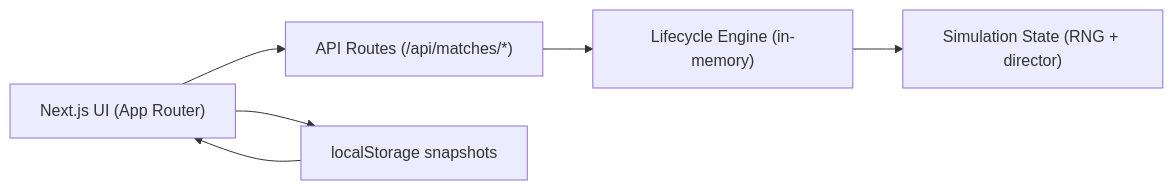
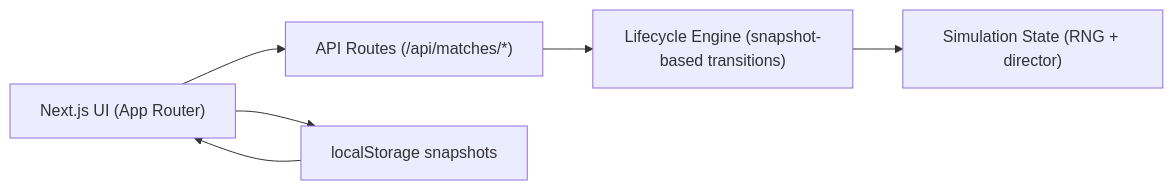
One commit to doreancl/hunger-games changed the diagram in README.md. Above: the diagram before and after it, drawn with Mermaid. The commit also changed other lines of this file and 29 other files, not shown here.

Commit message:
refactor: make match lifecycle snapshot-driven

````diff
--- a/README.md
+++ b/README.md
@@ -168,8 +167,8 @@
 ```mermaid
 flowchart LR
   UI["Next.js UI (App Router)"] --> API["API Routes (/api/matches/*)"]
-  API --> Lifecycle["Lifecycle Engine (in-memory)"]
+  API --> Lifecycle["Lifecycle Engine (snapshot-based transitions)"]
   Lifecycle --> Sim["Simulation State (RNG + director)"]
   UI --> Local["localStorage snapshots"]
   Local --> UI
 ```
````
